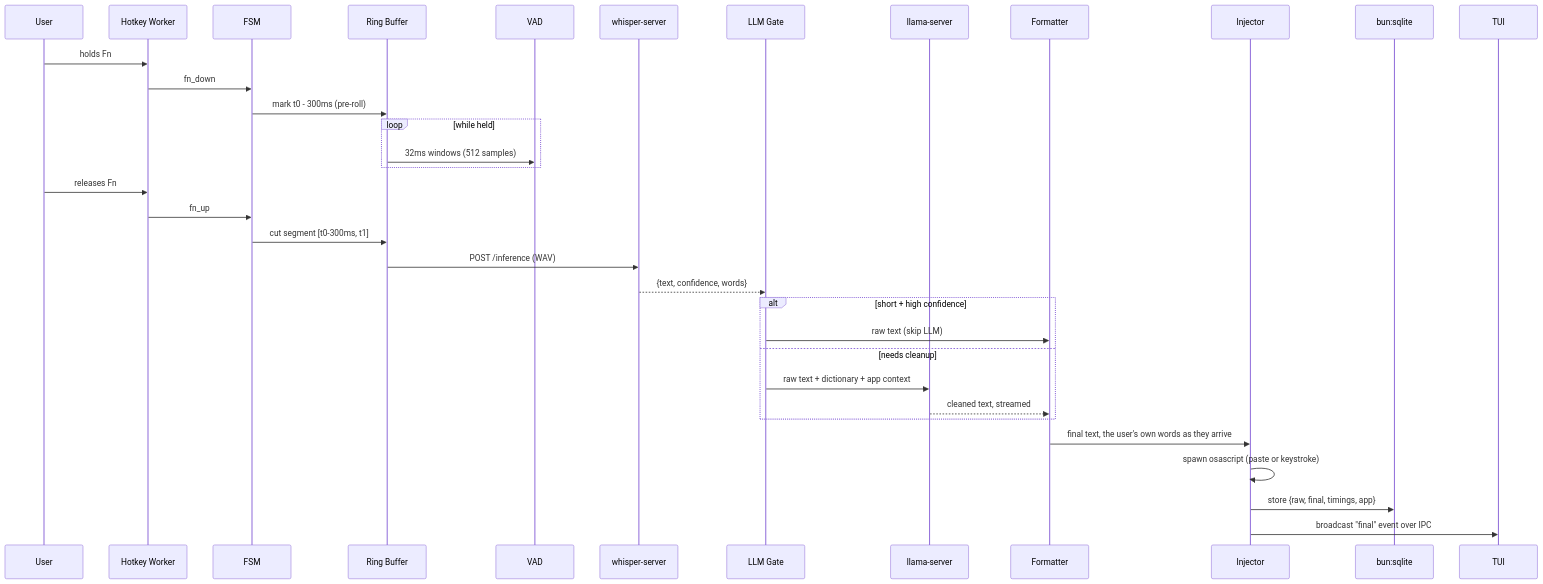
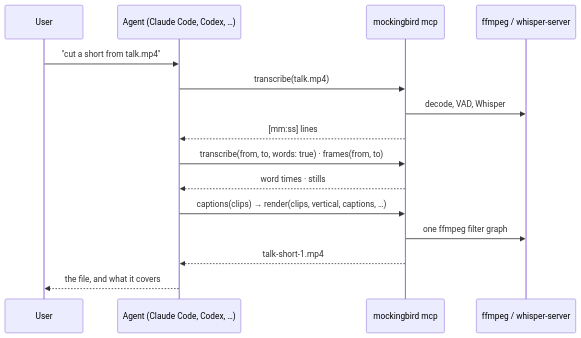
One commit to NirjharBhattacharjee/mockingbird changed the diagram in docs/ARCHITECTURE.md. Above: the diagram before and after it, drawn with Mermaid. The commit also changed other lines of this file and 142 other files, not shown here.

````diff
--- a/docs/ARCHITECTURE.md
+++ b/docs/ARCHITECTURE.md
@@ -288,37 +104,17 @@
 ```mermaid
 sequenceDiagram
-    participant User
-    participant HK as Hotkey Worker
-    participant FSM
-    participant RB as Ring Buffer
-    participant VAD
-    participant ASR as whisper-server
-    participant Gate as LLM Gate
-    participant LLM as llama-server
-    participant Fmt as Formatter
-    participant Inj as Injector
-    participant DB as bun:sqlite
-    participant TUI
-
-    User->>HK: holds Fn
-    HK->>FSM: fn_down
-    FSM->>RB: mark t0 - 300ms (pre-roll)
-    loop while held
-        RB->>VAD: 32ms windows (512 samples)
-    end
-    User->>HK: releases Fn
-    HK->>FSM: fn_up
-    FSM->>RB: cut segment [t0-300ms, t1]
-    RB->>ASR: POST /inference (WAV)
-    ASR-->>Gate: {text, confidence, words}
-    alt short + high confidence
-        Gate->>Fmt: raw text (skip LLM)
-    else needs cleanup
-        Gate->>LLM: raw text + dictionary + app context
-        LLM-->>Fmt: cleaned text, streamed
-    end
-    Fmt->>Inj: final text, the user's own words as they arrive
-    Inj->>Inj: spawn osascript (paste or keystroke)
-    Inj->>DB: store {raw, final, timings, app}
-    Inj->>TUI: broadcast "final" event over IPC
+    participant U as User
+    participant A as Agent (Claude Code, Codex, …)
+    participant M as mockingbird mcp
+    participant F as ffmpeg / whisper-server
+    U->>A: "cut a short from talk.mp4"
+    A->>M: transcribe(talk.mp4)
+    M->>F: decode, VAD, Whisper
+    M-->>A: [mm:ss] lines
+    A->>M: transcribe(from, to, words: true) · frames(from, to)
+    M-->>A: word times · stills
+    A->>M: captions(clips) → render(clips, vertical, captions, …)
+    M->>F: one ffmpeg filter graph
+    M-->>A: talk-short-1.mp4
+    A-->>U: the file, and what it covers
 ```
````
